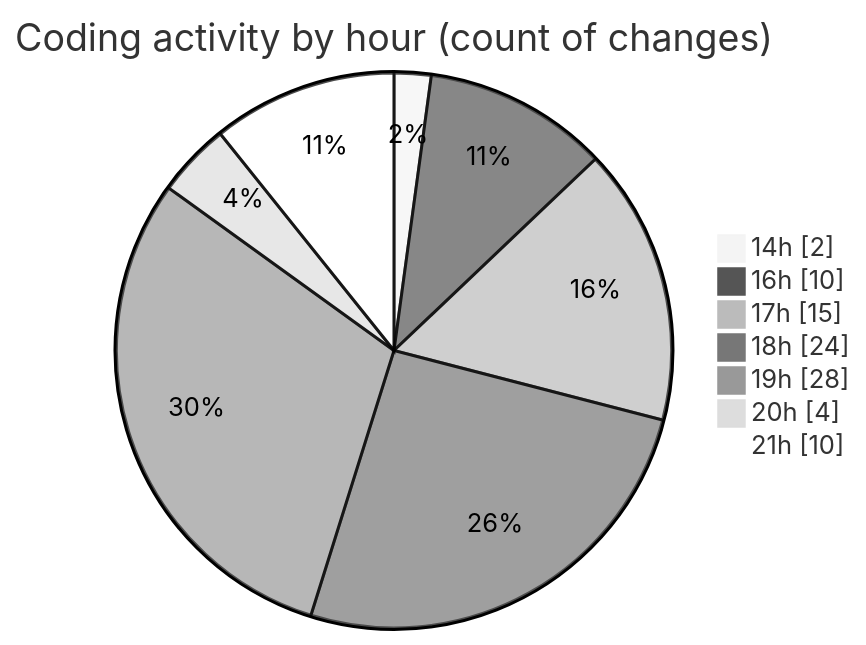
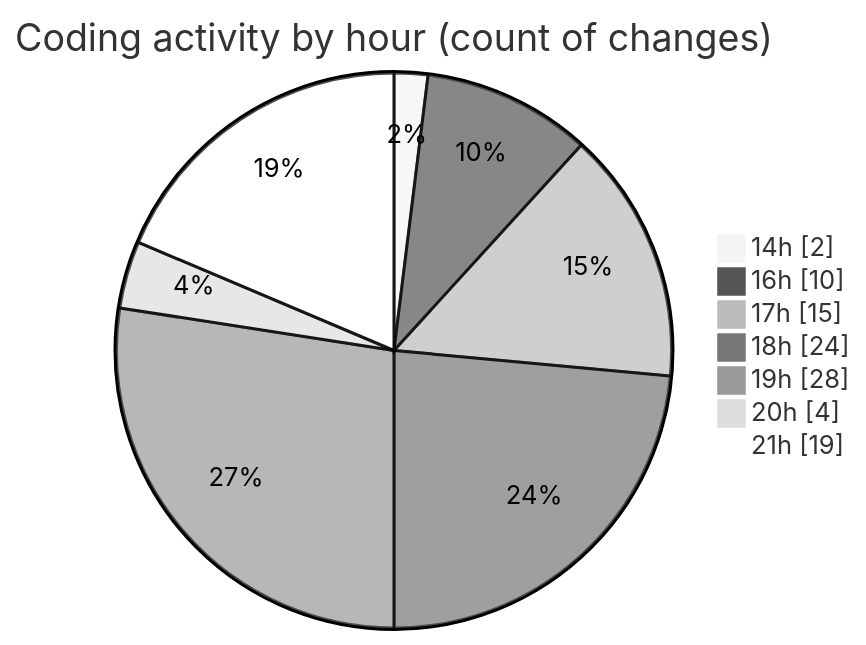
The second of 2 diagrams in 2025-06-18/scopesketch-app/README.md (Ritupan-Deka/code-tracking), drawn with Mermaid (neutral theme) before and after one commit. The commit also changed other lines of this file and 1 other file, not shown here.

````diff
--- a/2025-06-18/scopesketch-app/README.md
+++ b/2025-06-18/scopesketch-app/README.md
@@ -45,11 +45,11 @@
 ```mermaid
 pie showData
 title Coding activity by hour (count of changes)
 "14h" : 2
 "16h" : 10
 "17h" : 15
 "18h" : 24
 "19h" : 28
 "20h" : 4
-"21h" : 10
+"21h" : 19
 ```
````
